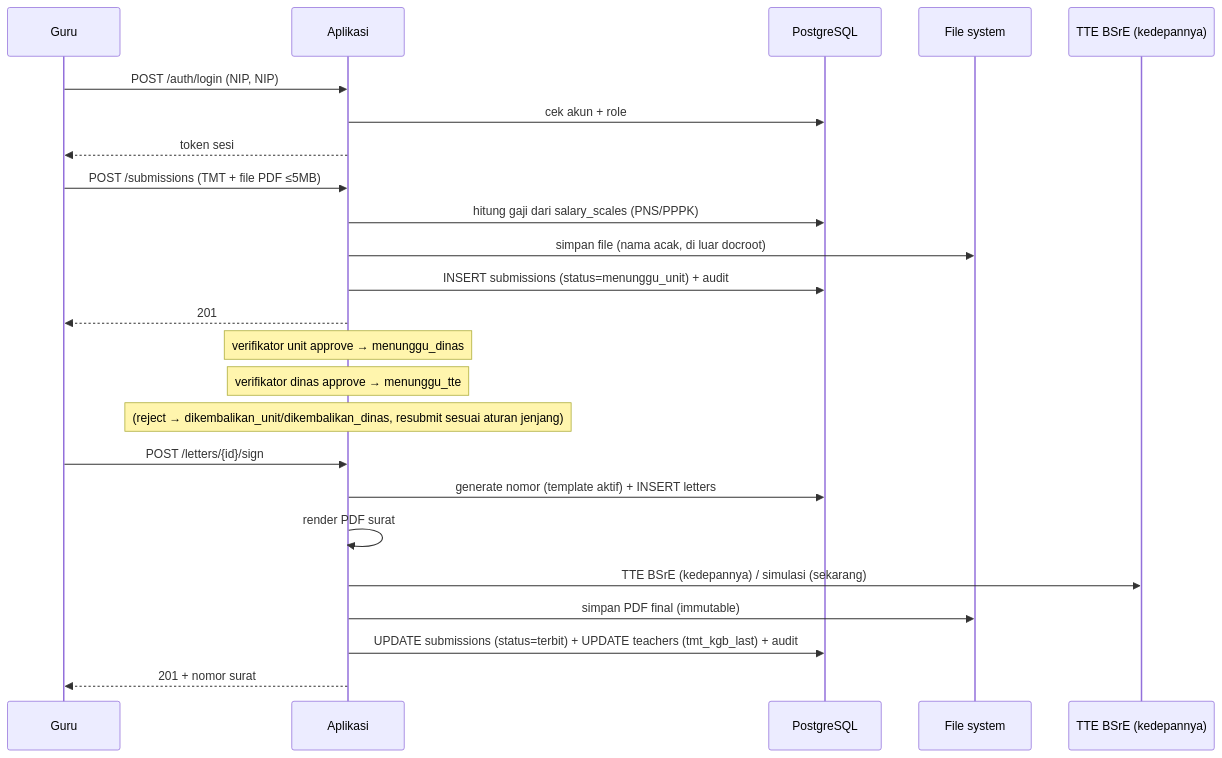
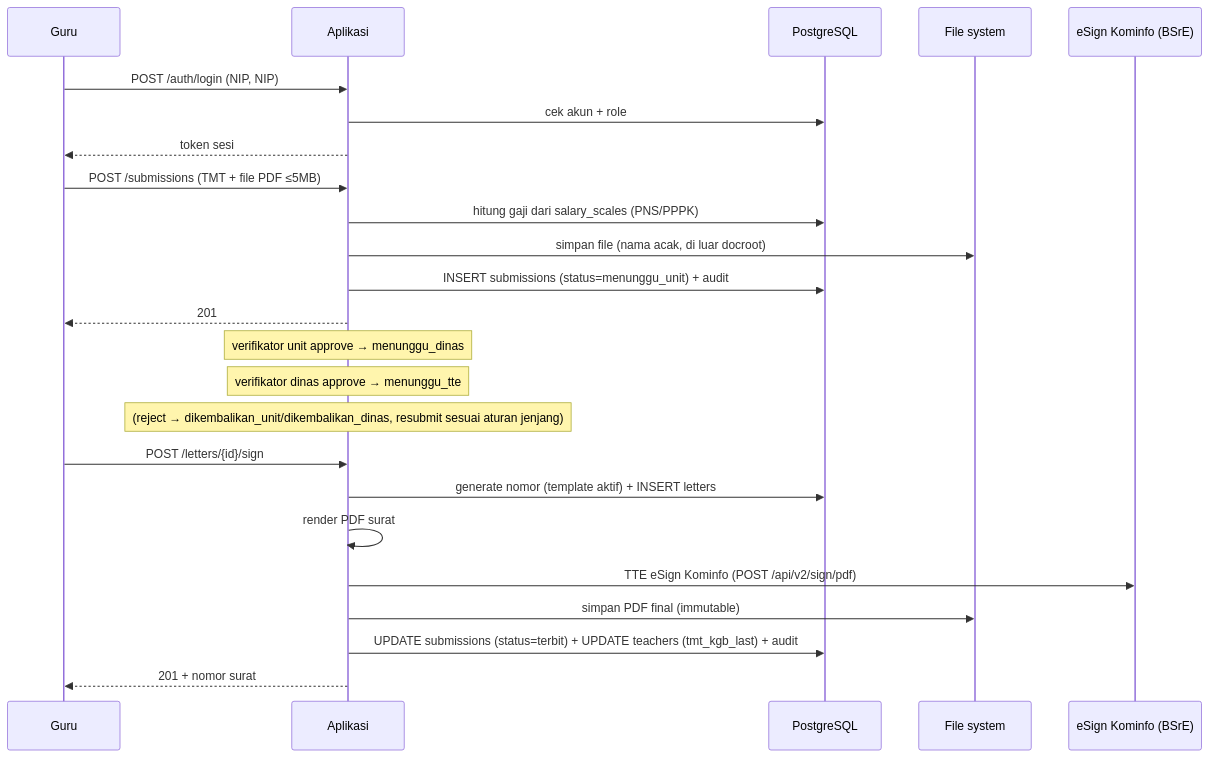
The second of 2 diagrams in docs/05-ARCHITECTURE/ARCHITECTURE.md (chamdaniluk/kgb), drawn with Mermaid before and after one commit. The commit also changed other lines of this file and 2 other files, not shown here.

First line of the commit message:
docs: selaraskan referensi TTE usang di ARCHITECTURE ke eSign Kominfo (v1.2)

````diff
--- a/docs/05-ARCHITECTURE/ARCHITECTURE.md
+++ b/docs/05-ARCHITECTURE/ARCHITECTURE.md
@@ -65,30 +65,30 @@
 ```mermaid
 sequenceDiagram
     participant G as Guru
     participant A as Aplikasi
     participant DB as PostgreSQL
     participant FS as File system
-    participant T as TTE BSrE (kedepannya)
+    participant T as eSign Kominfo (BSrE)
 
     G->>A: POST /auth/login (NIP, NIP)
     A->>DB: cek akun + role
     A-->>G: token sesi
 
     G->>A: POST /submissions (TMT + file PDF ≤5MB)
     A->>DB: hitung gaji dari salary_scales (PNS/PPPK)
     A->>FS: simpan file (nama acak, di luar docroot)
     A->>DB: INSERT submissions (status=menunggu_unit) + audit
     A-->>G: 201
 
     Note over A: verifikator unit approve → menunggu_dinas
     Note over A: verifikator dinas approve → menunggu_tte
     Note over A: (reject → dikembalikan_unit/dikembalikan_dinas, resubmit sesuai aturan jenjang)
 
     G->>A: POST /letters/{id}/sign
     A->>DB: generate nomor (template aktif) + INSERT letters
     A->>A: render PDF surat
-    A->>T: TTE BSrE (kedepannya) / simulasi (sekarang)
+    A->>T: TTE eSign Kominfo (POST /api/v2/sign/pdf)
     A->>FS: simpan PDF final (immutable)
     A->>DB: UPDATE submissions (status=terbit) + UPDATE teachers (tmt_kgb_last) + audit
     A-->>G: 201 + nomor surat
 ```
````
